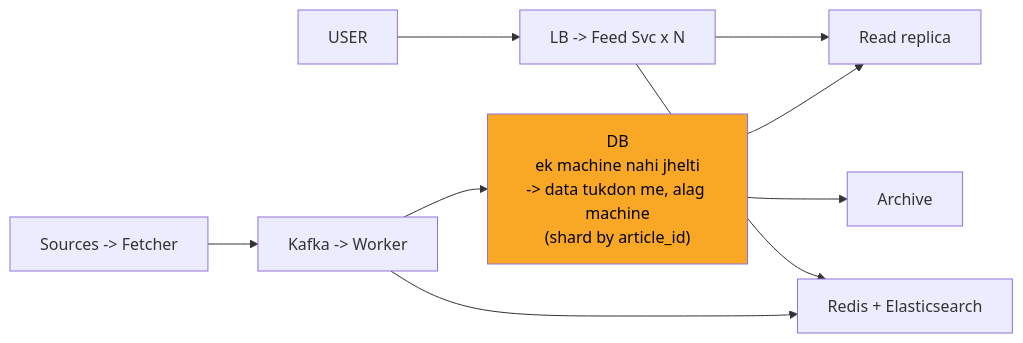
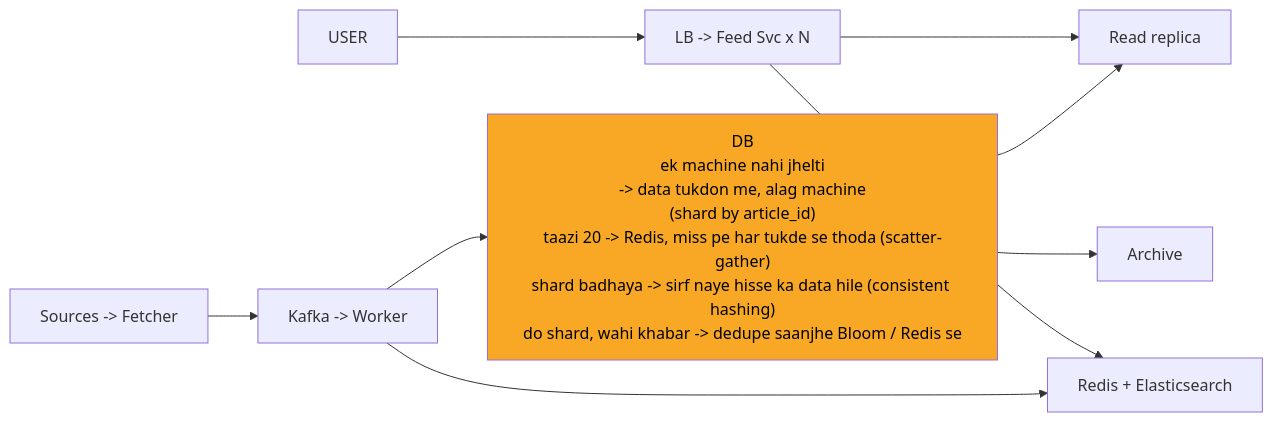
One commit to ArpanMaheshwari144/Prep changed the tenth of 11 diagrams in 04_HLD/SYSTEM_DESIGNS/08_news_aggregator/08_news_aggregator_INTERVIEW.md. Above: the diagram before and after it, drawn with Mermaid. The commit also changed other lines of this file and 12 other files, not shown here.

Commit message:
hld 02-14: peele dabbe me SAFAR ke mod + diagram chauda (wrappingWidth 450)

````diff
--- a/04_HLD/SYSTEM_DESIGNS/08_news_aggregator/08_news_aggregator_INTERVIEW.md
+++ b/04_HLD/SYSTEM_DESIGNS/08_news_aggregator/08_news_aggregator_INTERVIEW.md
@@ -377,20 +386,21 @@
 ```mermaid
+%%{init: {"flowchart": {"wrappingWidth": 450}}}%%
 flowchart LR
     n_USER["USER"]
     n_LF["LB -> Feed Svc x N"]
     n_RES["Redis + Elasticsearch"]
     n_Read_replica["Read replica"]
-    n_DB["DB<br/>ek machine nahi jhelti<br/>-> data tukdon me, alag machine<br/>(shard by article_id)"]
+    n_DB["DB<br/>ek machine nahi jhelti<br/>-> data tukdon me, alag machine<br/>(shard by article_id)<br/>taazi 20 -> Redis, miss pe har tukde se thoda (scatter-gather)<br/>shard badhaya -> sirf naye hisse ka data hile (consistent hashing)<br/>do shard, wahi khabar -> dedupe saanjhe Bloom / Redis se"]
     n_Archive["Archive"]
     n_KW["Kafka -> Worker"]
     n_SF["Sources -> Fetcher"]
     n_USER --> n_LF
     n_LF --> n_RES
     n_LF --> n_Read_replica
     n_DB --> n_Read_replica
     n_DB --> n_Archive
     n_KW --> n_DB
     n_KW --> n_RES
     n_SF --> n_KW
     style n_DB fill:#f9a825,color:#000
 ```
````
